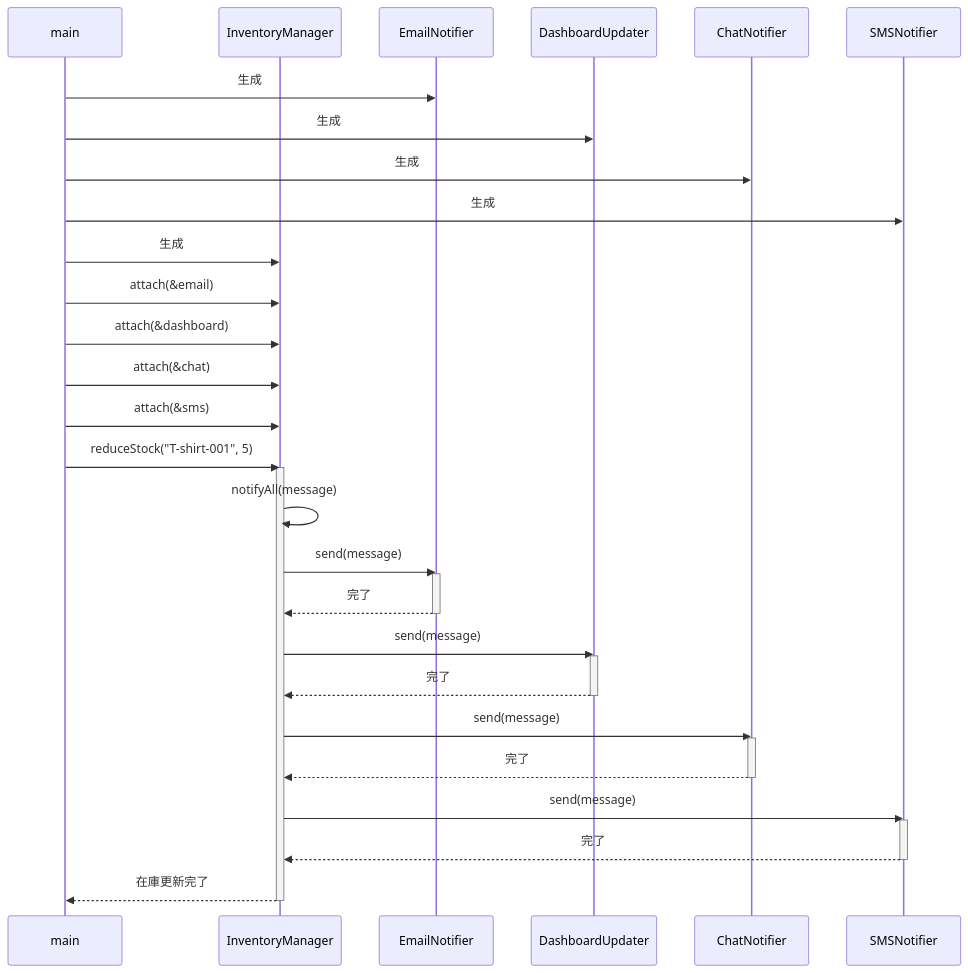
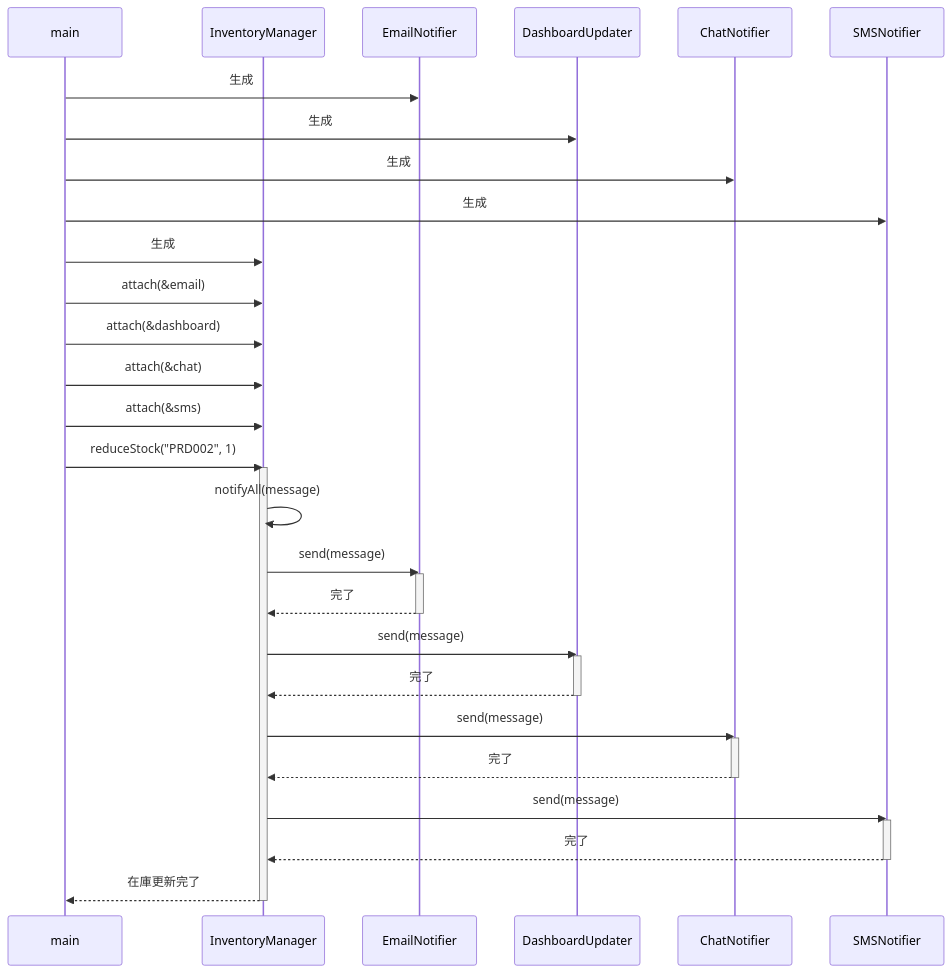
Before and after one commit to kumachan1101-pixel/DesignPattern: the fourth of 6 diagrams in kindle/design-patterns/output/chapter07.md, drawn with Mermaid. The commit also changed other lines of this file and 1 other file, not shown here.

````diff
--- a/kindle/design-patterns/output/chapter07.md
+++ b/kindle/design-patterns/output/chapter07.md
@@ -1248,40 +1246,40 @@
 ```mermaid
 sequenceDiagram
     participant M as main
     participant IM as InventoryManager
     participant E as EmailNotifier
     participant D as DashboardUpdater
     participant C as ChatNotifier
     participant S as SMSNotifier
 
     M->>E: 生成
     M->>D: 生成
     M->>C: 生成
     M->>S: 生成
     M->>IM: 生成
     M->>IM: attach(&email)
     M->>IM: attach(&dashboard)
     M->>IM: attach(&chat)
     M->>IM: attach(&sms)
-    M->>IM: reduceStock("T-shirt-001", 5)
+    M->>IM: reduceStock("PRD002", 1)
     activate IM
     IM->>IM: notifyAll(message)
     IM->>E: send(message)
     activate E
     E-->>IM: 完了
     deactivate E
     IM->>D: send(message)
     activate D
     D-->>IM: 完了
     deactivate D
     IM->>C: send(message)
     activate C
     C-->>IM: 完了
     deactivate C
     IM->>S: send(message)
     activate S
     S-->>IM: 完了
     deactivate S
     IM-->>M: 在庫更新完了
     deactivate IM
 ```
````
